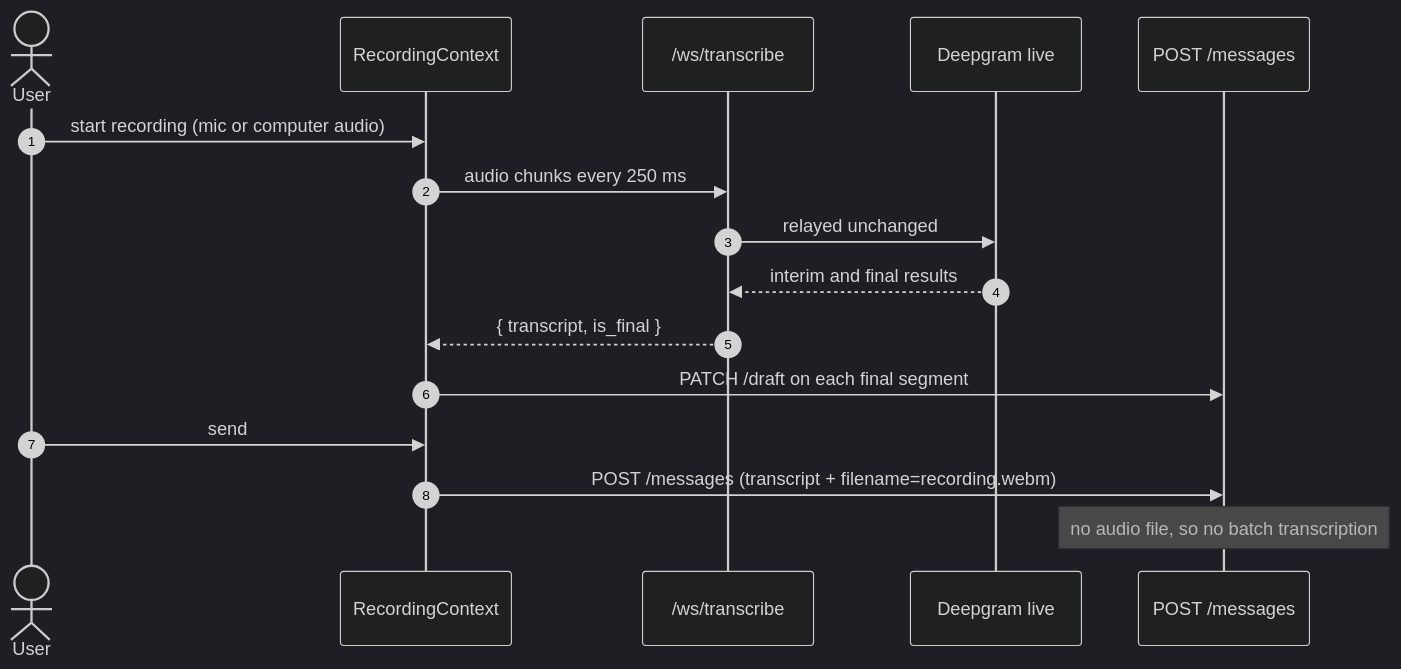
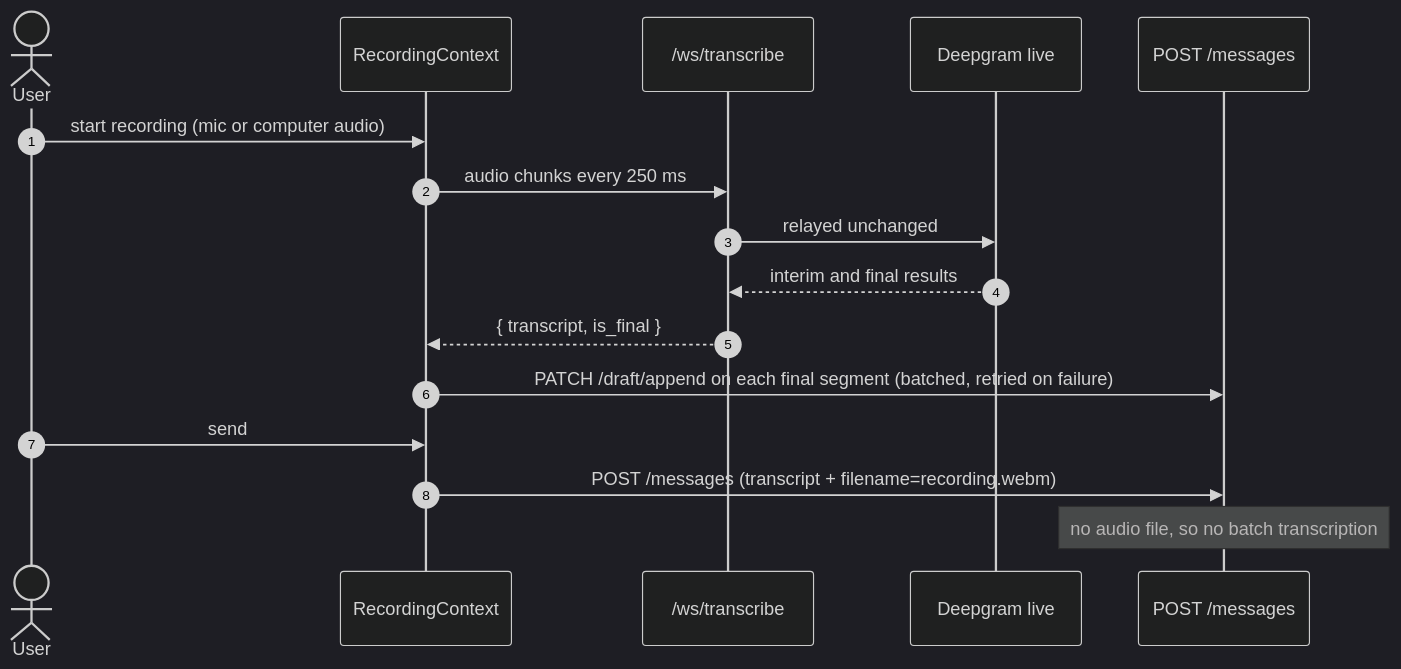
One commit to karlwehbe/Veda changed the first of 4 diagrams in docs/transcription/README.md. Above: the diagram before and after it, drawn with Mermaid (dark theme). The commit also changed other lines of this file and 11 other files, not shown here.

````diff
--- a/docs/transcription/README.md
+++ b/docs/transcription/README.md
@@ -36,19 +36,19 @@
 ```mermaid
 sequenceDiagram
   autonumber
   actor U as User
   participant RC as RecordingContext
   participant WS as /ws/transcribe
   participant DG as Deepgram live
   participant API as POST /messages
 
   U->>RC: start recording (mic or computer audio)
   RC->>WS: audio chunks every 250 ms
   WS->>DG: relayed unchanged
   DG-->>WS: interim and final results
   WS-->>RC: { transcript, is_final }
-  RC->>API: PATCH /draft on each final segment
+  RC->>API: PATCH /draft/append on each final segment (batched, retried on failure)
   U->>RC: send
   RC->>API: POST /messages (transcript + filename=recording.webm)
   Note over API: no audio file, so no batch transcription
 ```
````
